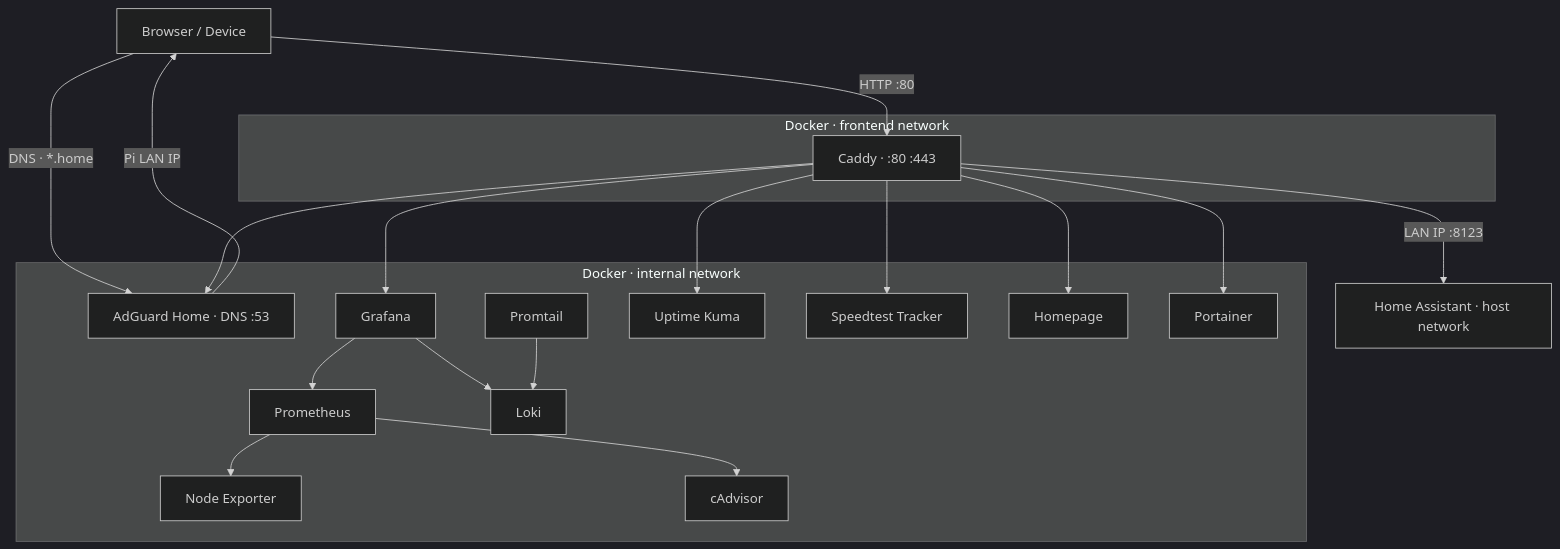
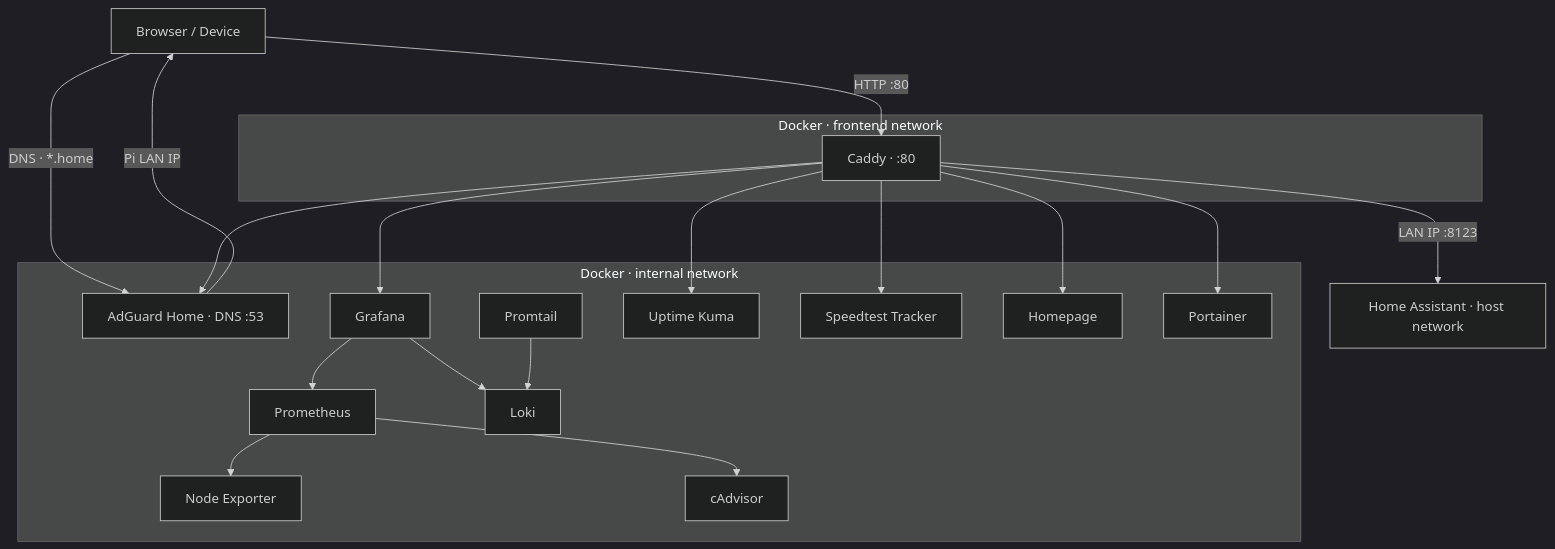
Before and after one commit to estebanmorenoit/rpi-home-lab: the diagram in README.md, drawn with Mermaid (dark theme). The commit also changed other lines of this file, not shown here.

````diff
--- a/README.md
+++ b/README.md
@@ -24,33 +23,33 @@
 ```mermaid
 graph TB
     Browser["Browser / Device"]
 
     subgraph frontend["Docker · frontend network"]
-        Caddy["Caddy · :80 :443"]
+        Caddy["Caddy · :80"]
     end
 
     subgraph internal["Docker · internal network"]
         AG["AdGuard Home · DNS :53"]
         GF["Grafana"]
         PR["Prometheus"]
         LK["Loki"]
         PT["Promtail"]
         NE["Node Exporter"]
         CA["cAdvisor"]
         UK["Uptime Kuma"]
         ST["Speedtest Tracker"]
         HP["Homepage"]
         PO["Portainer"]
     end
 
     HA["Home Assistant · host network"]
 
     Browser -->|"DNS · *.home"| AG
     AG -->|"Pi LAN IP"| Browser
     Browser -->|"HTTP :80"| Caddy
     Caddy --> AG & GF & UK & ST & HP & PO
     Caddy -->|"LAN IP :8123"| HA
     PR --> NE & CA
     GF --> PR & LK
     PT --> LK
 ```
````
